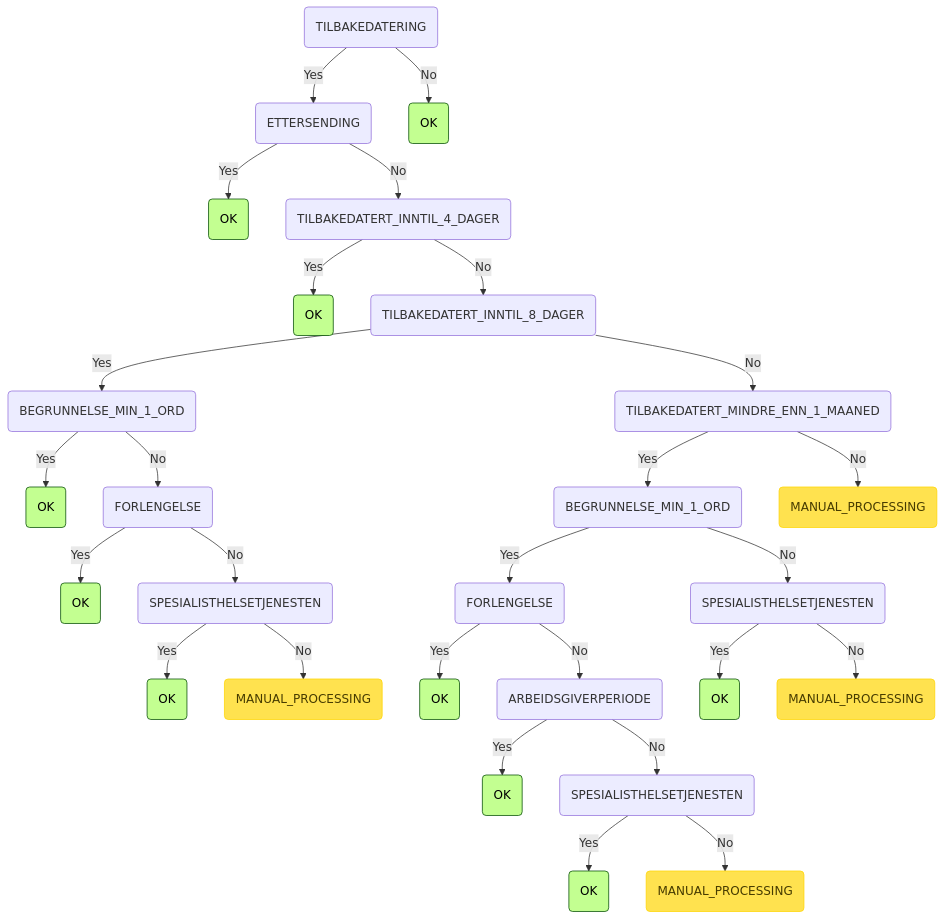
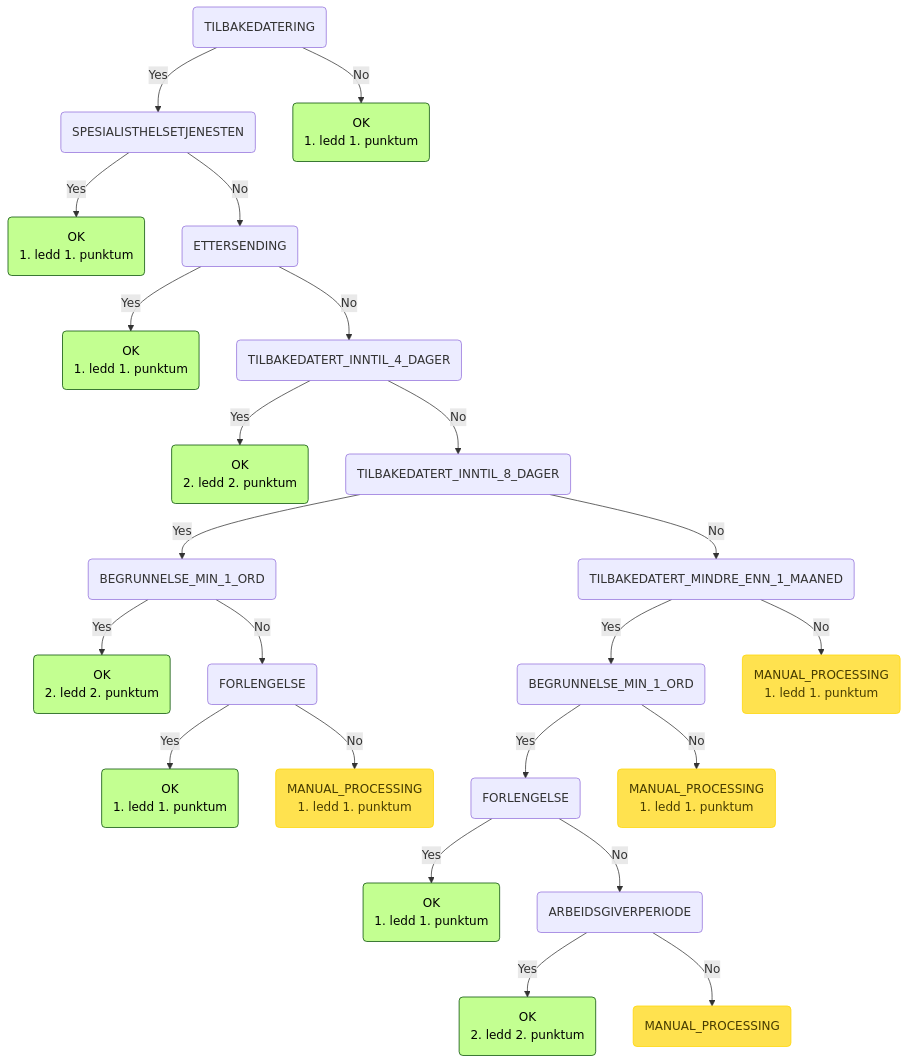
Before and after one commit to navikt/syfosmpapirregler: the eighth of 8 diagrams in README.md, drawn with Mermaid. The commit also changed other lines of this file and 42 other files, not shown here.

````diff
--- a/README.md
+++ b/README.md
@@ -249,32 +247,35 @@
 ```mermaid
 graph TD
-    root(TILBAKEDATERING) -->|Yes| root_TILBAKEDATERING_ETTERSENDING(ETTERSENDING)
-    root_TILBAKEDATERING_ETTERSENDING(ETTERSENDING) -->|Yes| root_TILBAKEDATERING_ETTERSENDING_OK(OK):::ok
-    root_TILBAKEDATERING_ETTERSENDING(ETTERSENDING) -->|No| root_TILBAKEDATERING_ETTERSENDING_TILBAKEDATERT_INNTIL_4_DAGER(TILBAKEDATERT_INNTIL_4_DAGER)
-    root_TILBAKEDATERING_ETTERSENDING_TILBAKEDATERT_INNTIL_4_DAGER(TILBAKEDATERT_INNTIL_4_DAGER) -->|Yes| root_TILBAKEDATERING_ETTERSENDING_TILBAKEDATERT_INNTIL_4_DAGER_OK(OK):::ok
-    root_TILBAKEDATERING_ETTERSENDING_TILBAKEDATERT_INNTIL_4_DAGER(TILBAKEDATERT_INNTIL_4_DAGER) -->|No| root_TILBAKEDATERING_ETTERSENDING_TILBAKEDATERT_INNTIL_4_DAGER_TILBAKEDATERT_INNTIL_8_DAGER(TILBAKEDATERT_INNTIL_8_DAGER)
-    root_TILBAKEDATERING_ETTERSENDING_TILBAKEDATERT_INNTIL_4_DAGER_TILBAKEDATERT_INNTIL_8_DAGER(TILBAKEDATERT_INNTIL_8_DAGER) -->|Yes| root_TILBAKEDATERING_ETTERSENDING_TILBAKEDATERT_INNTIL_4_DAGER_TILBAKEDATERT_INNTIL_8_DAGER_BEGRUNNELSE_MIN_1_ORD(BEGRUNNELSE_MIN_1_ORD)
-    root_TILBAKEDATERING_ETTERSENDING_TILBAKEDATERT_INNTIL_4_DAGER_TILBAKEDATERT_INNTIL_8_DAGER_BEGRUNNELSE_MIN_1_ORD(BEGRUNNELSE_MIN_1_ORD) -->|Yes| root_TILBAKEDATERING_ETTERSENDING_TILBAKEDATERT_INNTIL_4_DAGER_TILBAKEDATERT_INNTIL_8_DAGER_BEGRUNNELSE_MIN_1_ORD_OK(OK):::ok
-    root_TILBAKEDATERING_ETTERSENDING_TILBAKEDATERT_INNTIL_4_DAGER_TILBAKEDATERT_INNTIL_8_DAGER_BEGRUNNELSE_MIN_1_ORD(BEGRUNNELSE_MIN_1_ORD) -->|No| root_TILBAKEDATERING_ETTERSENDING_TILBAKEDATERT_INNTIL_4_DAGER_TILBAKEDATERT_INNTIL_8_DAGER_BEGRUNNELSE_MIN_1_ORD_FORLENGELSE(FORLENGELSE)
-    root_TILBAKEDATERING_ETTERSENDING_TILBAKEDATERT_INNTIL_4_DAGER_TILBAKEDATERT_INNTIL_8_DAGER_BEGRUNNELSE_MIN_1_ORD_FORLENGELSE(FORLENGELSE) -->|Yes| root_TILBAKEDATERING_ETTERSENDING_TILBAKEDATERT_INNTIL_4_DAGER_TILBAKEDATERT_INNTIL_8_DAGER_BEGRUNNELSE_MIN_1_ORD_FORLENGELSE_OK(OK):::ok
-    root_TILBAKEDATERING_ETTERSENDING_TILBAKEDATERT_INNTIL_4_DAGER_TILBAKEDATERT_INNTIL_8_DAGER_BEGRUNNELSE_MIN_1_ORD_FORLENGELSE(FORLENGELSE) -->|No| root_TILBAKEDATERING_ETTERSENDING_TILBAKEDATERT_INNTIL_4_DAGER_TILBAKEDATERT_INNTIL_8_DAGER_BEGRUNNELSE_MIN_1_ORD_FORLENGELSE_SPESIALISTHELSETJENESTEN(SPESIALISTHELSETJENESTEN)
-    root_TILBAKEDATERING_ETTERSENDING_TILBAKEDATERT_INNTIL_4_DAGER_TILBAKEDATERT_INNTIL_8_DAGER_BEGRUNNELSE_MIN_1_ORD_FORLENGELSE_SPESIALISTHELSETJENESTEN(SPESIALISTHELSETJENESTEN) -->|Yes| root_TILBAKEDATERING_ETTERSENDING_TILBAKEDATERT_INNTIL_4_DAGER_TILBAKEDATERT_INNTIL_8_DAGER_BEGRUNNELSE_MIN_1_ORD_FORLENGELSE_SPESIALISTHELSETJENESTEN_OK(OK):::ok
-    root_TILBAKEDATERING_ETTERSENDING_TILBAKEDATERT_INNTIL_4_DAGER_TILBAKEDATERT_INNTIL_8_DAGER_BEGRUNNELSE_MIN_1_ORD_FORLENGELSE_SPESIALISTHELSETJENESTEN(SPESIALISTHELSETJENESTEN) -->|No| root_TILBAKEDATERING_ETTERSENDING_TILBAKEDATERT_INNTIL_4_DAGER_TILBAKEDATERT_INNTIL_8_DAGER_BEGRUNNELSE_MIN_1_ORD_FORLENGELSE_SPESIALISTHELSETJENESTEN_MANUAL_PROCESSING(MANUAL_PROCESSING):::manuell
-    root_TILBAKEDATERING_ETTERSENDING_TILBAKEDATERT_INNTIL_4_DAGER_TILBAKEDATERT_INNTIL_8_DAGER(TILBAKEDATERT_INNTIL_8_DAGER) -->|No| root_TILBAKEDATERING_ETTERSENDING_TILBAKEDATERT_INNTIL_4_DAGER_TILBAKEDATERT_INNTIL_8_DAGER_TILBAKEDATERT_MINDRE_ENN_1_MAANED(TILBAKEDATERT_MINDRE_ENN_1_MAANED)
-    root_TILBAKEDATERING_ETTERSENDING_TILBAKEDATERT_INNTIL_4_DAGER_TILBAKEDATERT_INNTIL_8_DAGER_TILBAKEDATERT_MINDRE_ENN_1_MAANED(TILBAKEDATERT_MINDRE_ENN_1_MAANED) -->|Yes| root_TILBAKEDATERING_ETTERSENDING_TILBAKEDATERT_INNTIL_4_DAGER_TILBAKEDATERT_INNTIL_8_DAGER_TILBAKEDATERT_MINDRE_ENN_1_MAANED_BEGRUNNELSE_MIN_1_ORD(BEGRUNNELSE_MIN_1_ORD)
-    root_TILBAKEDATERING_ETTERSENDING_TILBAKEDATERT_INNTIL_4_DAGER_TILBAKEDATERT_INNTIL_8_DAGER_TILBAKEDATERT_MINDRE_ENN_1_MAANED_BEGRUNNELSE_MIN_1_ORD(BEGRUNNELSE_MIN_1_ORD) -->|Yes| root_TILBAKEDATERING_ETTERSENDING_TILBAKEDATERT_INNTIL_4_DAGER_TILBAKEDATERT_INNTIL_8_DAGER_TILBAKEDATERT_MINDRE_ENN_1_MAANED_BEGRUNNELSE_MIN_1_ORD_FORLENGELSE(FORLENGELSE)
-    root_TILBAKEDATERING_ETTERSENDING_TILBAKEDATERT_INNTIL_4_DAGER_TILBAKEDATERT_INNTIL_8_DAGER_TILBAKEDATERT_MINDRE_ENN_1_MAANED_BEGRUNNELSE_MIN_1_ORD_FORLENGELSE(FORLENGELSE) -->|Yes| root_TILBAKEDATERING_ETTERSENDING_TILBAKEDATERT_INNTIL_4_DAGER_TILBAKEDATERT_INNTIL_8_DAGER_TILBAKEDATERT_MINDRE_ENN_1_MAANED_BEGRUNNELSE_MIN_1_ORD_FORLENGELSE_OK(OK):::ok
-    root_TILBAKEDATERING_ETTERSENDING_TILBAKEDATERT_INNTIL_4_DAGER_TILBAKEDATERT_INNTIL_8_DAGER_TILBAKEDATERT_MINDRE_ENN_1_MAANED_BEGRUNNELSE_MIN_1_ORD_FORLENGELSE(FORLENGELSE) -->|No| root_TILBAKEDATERING_ETTERSENDING_TILBAKEDATERT_INNTIL_4_DAGER_TILBAKEDATERT_INNTIL_8_DAGER_TILBAKEDATERT_MINDRE_ENN_1_MAANED_BEGRUNNELSE_MIN_1_ORD_FORLENGELSE_ARBEIDSGIVERPERIODE(ARBEIDSGIVERPERIODE)
-    root_TILBAKEDATERING_ETTERSENDING_TILBAKEDATERT_INNTIL_4_DAGER_TILBAKEDATERT_INNTIL_8_DAGER_TILBAKEDATERT_MINDRE_ENN_1_MAANED_BEGRUNNELSE_MIN_1_ORD_FORLENGELSE_ARBEIDSGIVERPERIODE(ARBEIDSGIVERPERIODE) -->|Yes| root_TILBAKEDATERING_ETTERSENDING_TILBAKEDATERT_INNTIL_4_DAGER_TILBAKEDATERT_INNTIL_8_DAGER_TILBAKEDATERT_MINDRE_ENN_1_MAANED_BEGRUNNELSE_MIN_1_ORD_FORLENGELSE_ARBEIDSGIVERPERIODE_OK(OK):::ok
-    root_TILBAKEDATERING_ETTERSENDING_TILBAKEDATERT_INNTIL_4_DAGER_TILBAKEDATERT_INNTIL_8_DAGER_TILBAKEDATERT_MINDRE_ENN_1_MAANED_BEGRUNNELSE_MIN_1_ORD_FORLENGELSE_ARBEIDSGIVERPERIODE(ARBEIDSGIVERPERIODE) -->|No| root_TILBAKEDATERING_ETTERSENDING_TILBAKEDATERT_INNTIL_4_DAGER_TILBAKEDATERT_INNTIL_8_DAGER_TILBAKEDATERT_MINDRE_ENN_1_MAANED_BEGRUNNELSE_MIN_1_ORD_FORLENGELSE_ARBEIDSGIVERPERIODE_SPESIALISTHELSETJENESTEN(SPESIALISTHELSETJENESTEN)
-    root_TILBAKEDATERING_ETTERSENDING_TILBAKEDATERT_INNTIL_4_DAGER_TILBAKEDATERT_INNTIL_8_DAGER_TILBAKEDATERT_MINDRE_ENN_1_MAANED_BEGRUNNELSE_MIN_1_ORD_FORLENGELSE_ARBEIDSGIVERPERIODE_SPESIALISTHELSETJENESTEN(SPESIALISTHELSETJENESTEN) -->|Yes| root_TILBAKEDATERING_ETTERSENDING_TILBAKEDATERT_INNTIL_4_DAGER_TILBAKEDATERT_INNTIL_8_DAGER_TILBAKEDATERT_MINDRE_ENN_1_MAANED_BEGRUNNELSE_MIN_1_ORD_FORLENGELSE_ARBEIDSGIVERPERIODE_SPESIALISTHELSETJENESTEN_OK(OK):::ok
-    root_TILBAKEDATERING_ETTERSENDING_TILBAKEDATERT_INNTIL_4_DAGER_TILBAKEDATERT_INNTIL_8_DAGER_TILBAKEDATERT_MINDRE_ENN_1_MAANED_BEGRUNNELSE_MIN_1_ORD_FORLENGELSE_ARBEIDSGIVERPERIODE_SPESIALISTHELSETJENESTEN(SPESIALISTHELSETJENESTEN) -->|No| root_TILBAKEDATERING_ETTERSENDING_TILBAKEDATERT_INNTIL_4_DAGER_TILBAKEDATERT_INNTIL_8_DAGER_TILBAKEDATERT_MINDRE_ENN_1_MAANED_BEGRUNNELSE_MIN_1_ORD_FORLENGELSE_ARBEIDSGIVERPERIODE_SPESIALISTHELSETJENESTEN_MANUAL_PROCESSING(MANUAL_PROCESSING):::manuell
-    root_TILBAKEDATERING_ETTERSENDING_TILBAKEDATERT_INNTIL_4_DAGER_TILBAKEDATERT_INNTIL_8_DAGER_TILBAKEDATERT_MINDRE_ENN_1_MAANED_BEGRUNNELSE_MIN_1_ORD(BEGRUNNELSE_MIN_1_ORD) -->|No| root_TILBAKEDATERING_ETTERSENDING_TILBAKEDATERT_INNTIL_4_DAGER_TILBAKEDATERT_INNTIL_8_DAGER_TILBAKEDATERT_MINDRE_ENN_1_MAANED_BEGRUNNELSE_MIN_1_ORD_SPESIALISTHELSETJENESTEN(SPESIALISTHELSETJENESTEN)
-    root_TILBAKEDATERING_ETTERSENDING_TILBAKEDATERT_INNTIL_4_DAGER_TILBAKEDATERT_INNTIL_8_DAGER_TILBAKEDATERT_MINDRE_ENN_1_MAANED_BEGRUNNELSE_MIN_1_ORD_SPESIALISTHELSETJENESTEN(SPESIALISTHELSETJENESTEN) -->|Yes| root_TILBAKEDATERING_ETTERSENDING_TILBAKEDATERT_INNTIL_4_DAGER_TILBAKEDATERT_INNTIL_8_DAGER_TILBAKEDATERT_MINDRE_ENN_1_MAANED_BEGRUNNELSE_MIN_1_ORD_SPESIALISTHELSETJENESTEN_OK(OK):::ok
-    root_TILBAKEDATERING_ETTERSENDING_TILBAKEDATERT_INNTIL_4_DAGER_TILBAKEDATERT_INNTIL_8_DAGER_TILBAKEDATERT_MINDRE_ENN_1_MAANED_BEGRUNNELSE_MIN_1_ORD_SPESIALISTHELSETJENESTEN(SPESIALISTHELSETJENESTEN) -->|No| root_TILBAKEDATERING_ETTERSENDING_TILBAKEDATERT_INNTIL_4_DAGER_TILBAKEDATERT_INNTIL_8_DAGER_TILBAKEDATERT_MINDRE_ENN_1_MAANED_BEGRUNNELSE_MIN_1_ORD_SPESIALISTHELSETJENESTEN_MANUAL_PROCESSING(MANUAL_PROCESSING):::manuell
-    root_TILBAKEDATERING_ETTERSENDING_TILBAKEDATERT_INNTIL_4_DAGER_TILBAKEDATERT_INNTIL_8_DAGER_TILBAKEDATERT_MINDRE_ENN_1_MAANED(TILBAKEDATERT_MINDRE_ENN_1_MAANED) -->|No| root_TILBAKEDATERING_ETTERSENDING_TILBAKEDATERT_INNTIL_4_DAGER_TILBAKEDATERT_INNTIL_8_DAGER_TILBAKEDATERT_MINDRE_ENN_1_MAANED_MANUAL_PROCESSING(MANUAL_PROCESSING):::manuell
-    root(TILBAKEDATERING) -->|No| root_TILBAKEDATERING_OK(OK):::ok
+    root(TILBAKEDATERING) -->|Yes| root_TILBAKEDATERING_SPESIALISTHELSETJENESTEN(SPESIALISTHELSETJENESTEN)
+    root_TILBAKEDATERING_SPESIALISTHELSETJENESTEN(SPESIALISTHELSETJENESTEN) -->|Yes| root_TILBAKEDATERING_SPESIALISTHELSETJENESTEN_OK(OK
+1. ledd 1. punktum):::ok
+    root_TILBAKEDATERING_SPESIALISTHELSETJENESTEN(SPESIALISTHELSETJENESTEN) -->|No| root_TILBAKEDATERING_SPESIALISTHELSETJENESTEN_ETTERSENDING(ETTERSENDING)
+    root_TILBAKEDATERING_SPESIALISTHELSETJENESTEN_ETTERSENDING(ETTERSENDING) -->|Yes| root_TILBAKEDATERING_SPESIALISTHELSETJENESTEN_ETTERSENDING_OK(OK
+1. ledd 1. punktum):::ok
+    root_TILBAKEDATERING_SPESIALISTHELSETJENESTEN_ETTERSENDING(ETTERSENDING) -->|No| root_TILBAKEDATERING_SPESIALISTHELSETJENESTEN_ETTERSENDING_TILBAKEDATERT_INNTIL_4_DAGER(TILBAKEDATERT_INNTIL_4_DAGER)
+    root_TILBAKEDATERING_SPESIALISTHELSETJENESTEN_ETTERSENDING_TILBAKEDATERT_INNTIL_4_DAGER(TILBAKEDATERT_INNTIL_4_DAGER) -->|Yes| root_TILBAKEDATERING_SPESIALISTHELSETJENESTEN_ETTERSENDING_TILBAKEDATERT_INNTIL_4_DAGER_OK(OK
+2. ledd 2. punktum):::ok
+    root_TILBAKEDATERING_SPESIALISTHELSETJENESTEN_ETTERSENDING_TILBAKEDATERT_INNTIL_4_DAGER(TILBAKEDATERT_INNTIL_4_DAGER) -->|No| root_TILBAKEDATERING_SPESIALISTHELSETJENESTEN_ETTERSENDING_TILBAKEDATERT_INNTIL_4_DAGER_TILBAKEDATERT_INNTIL_8_DAGER(TILBAKEDATERT_INNTIL_8_DAGER)
+    root_TILBAKEDATERING_SPESIALISTHELSETJENESTEN_ETTERSENDING_TILBAKEDATERT_INNTIL_4_DAGER_TILBAKEDATERT_INNTIL_8_DAGER(TILBAKEDATERT_INNTIL_8_DAGER) -->|Yes| root_TILBAKEDATERING_SPESIALISTHELSETJENESTEN_ETTERSENDING_TILBAKEDATERT_INNTIL_4_DAGER_TILBAKEDATERT_INNTIL_8_DAGER_BEGRUNNELSE_MIN_1_ORD(BEGRUNNELSE_MIN_1_ORD)
+    root_TILBAKEDATERING_SPESIALISTHELSETJENESTEN_ETTERSENDING_TILBAKEDATERT_INNTIL_4_DAGER_TILBAKEDATERT_INNTIL_8_DAGER_BEGRUNNELSE_MIN_1_ORD(BEGRUNNELSE_MIN_1_ORD) -->|Yes| root_TILBAKEDATERING_SPESIALISTHELSETJENESTEN_ETTERSENDING_TILBAKEDATERT_INNTIL_4_DAGER_TILBAKEDATERT_INNTIL_8_DAGER_BEGRUNNELSE_MIN_1_ORD_OK(OK
+2. ledd 2. punktum):::ok
+    root_TILBAKEDATERING_SPESIALISTHELSETJENESTEN_ETTERSENDING_TILBAKEDATERT_INNTIL_4_DAGER_TILBAKEDATERT_INNTIL_8_DAGER_BEGRUNNELSE_MIN_1_ORD(BEGRUNNELSE_MIN_1_ORD) -->|No| root_TILBAKEDATERING_SPESIALISTHELSETJENESTEN_ETTERSENDING_TILBAKEDATERT_INNTIL_4_DAGER_TILBAKEDATERT_INNTIL_8_DAGER_BEGRUNNELSE_MIN_1_ORD_FORLENGELSE(FORLENGELSE)
+    root_TILBAKEDATERING_SPESIALISTHELSETJENESTEN_ETTERSENDING_TILBAKEDATERT_INNTIL_4_DAGER_TILBAKEDATERT_INNTIL_8_DAGER_BEGRUNNELSE_MIN_1_ORD_FORLENGELSE(FORLENGELSE) -->|Yes| root_TILBAKEDATERING_SPESIALISTHELSETJENESTEN_ETTERSENDING_TILBAKEDATERT_INNTIL_4_DAGER_TILBAKEDATERT_INNTIL_8_DAGER_BEGRUNNELSE_MIN_1_ORD_FORLENGELSE_OK(OK
+1. ledd 1. punktum):::ok
+    root_TILBAKEDATERING_SPESIALISTHELSETJENESTEN_ETTERSENDING_TILBAKEDATERT_INNTIL_4_DAGER_TILBAKEDATERT_INNTIL_8_DAGER_BEGRUNNELSE_MIN_1_ORD_FORLENGELSE(FORLENGELSE) -->|No| root_TILBAKEDATERING_SPESIALISTHELSETJENESTEN_ETTERSENDING_TILBAKEDATERT_INNTIL_4_DAGER_TILBAKEDATERT_INNTIL_8_DAGER_BEGRUNNELSE_MIN_1_ORD_FORLENGELSE_MANUAL_PROCESSING(MANUAL_PROCESSING <br/>1. ledd 1. punktum):::manuell
+    root_TILBAKEDATERING_SPESIALISTHELSETJENESTEN_ETTERSENDING_TILBAKEDATERT_INNTIL_4_DAGER_TILBAKEDATERT_INNTIL_8_DAGER(TILBAKEDATERT_INNTIL_8_DAGER) -->|No| root_TILBAKEDATERING_SPESIALISTHELSETJENESTEN_ETTERSENDING_TILBAKEDATERT_INNTIL_4_DAGER_TILBAKEDATERT_INNTIL_8_DAGER_TILBAKEDATERT_MINDRE_ENN_1_MAANED(TILBAKEDATERT_MINDRE_ENN_1_MAANED)
+    root_TILBAKEDATERING_SPESIALISTHELSETJENESTEN_ETTERSENDING_TILBAKEDATERT_INNTIL_4_DAGER_TILBAKEDATERT_INNTIL_8_DAGER_TILBAKEDATERT_MINDRE_ENN_1_MAANED(TILBAKEDATERT_MINDRE_ENN_1_MAANED) -->|Yes| root_TILBAKEDATERING_SPESIALISTHELSETJENESTEN_ETTERSENDING_TILBAKEDATERT_INNTIL_4_DAGER_TILBAKEDATERT_INNTIL_8_DAGER_TILBAKEDATERT_MINDRE_ENN_1_MAANED_BEGRUNNELSE_MIN_1_ORD(BEGRUNNELSE_MIN_1_ORD)
+    root_TILBAKEDATERING_SPESIALISTHELSETJENESTEN_ETTERSENDING_TILBAKEDATERT_INNTIL_4_DAGER_TILBAKEDATERT_INNTIL_8_DAGER_TILBAKEDATERT_MINDRE_ENN_1_MAANED_BEGRUNNELSE_MIN_1_ORD(BEGRUNNELSE_MIN_1_ORD) -->|Yes| root_TILBAKEDATERING_SPESIALISTHELSETJENESTEN_ETTERSENDING_TILBAKEDATERT_INNTIL_4_DAGER_TILBAKEDATERT_INNTIL_8_DAGER_TILBAKEDATERT_MINDRE_ENN_1_MAANED_BEGRUNNELSE_MIN_1_ORD_FORLENGELSE(FORLENGELSE)
+    root_TILBAKEDATERING_SPESIALISTHELSETJENESTEN_ETTERSENDING_TILBAKEDATERT_INNTIL_4_DAGER_TILBAKEDATERT_INNTIL_8_DAGER_TILBAKEDATERT_MINDRE_ENN_1_MAANED_BEGRUNNELSE_MIN_1_ORD_FORLENGELSE(FORLENGELSE) -->|Yes| root_TILBAKEDATERING_SPESIALISTHELSETJENESTEN_ETTERSENDING_TILBAKEDATERT_INNTIL_4_DAGER_TILBAKEDATERT_INNTIL_8_DAGER_TILBAKEDATERT_MINDRE_ENN_1_MAANED_BEGRUNNELSE_MIN_1_ORD_FORLENGELSE_OK(OK
+1. ledd 1. punktum):::ok
+    root_TILBAKEDATERING_SPESIALISTHELSETJENESTEN_ETTERSENDING_TILBAKEDATERT_INNTIL_4_DAGER_TILBAKEDATERT_INNTIL_8_DAGER_TILBAKEDATERT_MINDRE_ENN_1_MAANED_BEGRUNNELSE_MIN_1_ORD_FORLENGELSE(FORLENGELSE) -->|No| root_TILBAKEDATERING_SPESIALISTHELSETJENESTEN_ETTERSENDING_TILBAKEDATERT_INNTIL_4_DAGER_TILBAKEDATERT_INNTIL_8_DAGER_TILBAKEDATERT_MINDRE_ENN_1_MAANED_BEGRUNNELSE_MIN_1_ORD_FORLENGELSE_ARBEIDSGIVERPERIODE(ARBEIDSGIVERPERIODE)
+    root_TILBAKEDATERING_SPESIALISTHELSETJENESTEN_ETTERSENDING_TILBAKEDATERT_INNTIL_4_DAGER_TILBAKEDATERT_INNTIL_8_DAGER_TILBAKEDATERT_MINDRE_ENN_1_MAANED_BEGRUNNELSE_MIN_1_ORD_FORLENGELSE_ARBEIDSGIVERPERIODE(ARBEIDSGIVERPERIODE) -->|Yes| root_TILBAKEDATERING_SPESIALISTHELSETJENESTEN_ETTERSENDING_TILBAKEDATERT_INNTIL_4_DAGER_TILBAKEDATERT_INNTIL_8_DAGER_TILBAKEDATERT_MINDRE_ENN_1_MAANED_BEGRUNNELSE_MIN_1_ORD_FORLENGELSE_ARBEIDSGIVERPERIODE_OK(OK
+2. ledd 2. punktum):::ok
+    root_TILBAKEDATERING_SPESIALISTHELSETJENESTEN_ETTERSENDING_TILBAKEDATERT_INNTIL_4_DAGER_TILBAKEDATERT_INNTIL_8_DAGER_TILBAKEDATERT_MINDRE_ENN_1_MAANED_BEGRUNNELSE_MIN_1_ORD_FORLENGELSE_ARBEIDSGIVERPERIODE(ARBEIDSGIVERPERIODE) -->|No| root_TILBAKEDATERING_SPESIALISTHELSETJENESTEN_ETTERSENDING_TILBAKEDATERT_INNTIL_4_DAGER_TILBAKEDATERT_INNTIL_8_DAGER_TILBAKEDATERT_MINDRE_ENN_1_MAANED_BEGRUNNELSE_MIN_1_ORD_FORLENGELSE_ARBEIDSGIVERPERIODE_MANUAL_PROCESSING(MANUAL_PROCESSING <br/>):::manuell
+    root_TILBAKEDATERING_SPESIALISTHELSETJENESTEN_ETTERSENDING_TILBAKEDATERT_INNTIL_4_DAGER_TILBAKEDATERT_INNTIL_8_DAGER_TILBAKEDATERT_MINDRE_ENN_1_MAANED_BEGRUNNELSE_MIN_1_ORD(BEGRUNNELSE_MIN_1_ORD) -->|No| root_TILBAKEDATERING_SPESIALISTHELSETJENESTEN_ETTERSENDING_TILBAKEDATERT_INNTIL_4_DAGER_TILBAKEDATERT_INNTIL_8_DAGER_TILBAKEDATERT_MINDRE_ENN_1_MAANED_BEGRUNNELSE_MIN_1_ORD_MANUAL_PROCESSING(MANUAL_PROCESSING <br/>1. ledd 1. punktum):::manuell
+    root_TILBAKEDATERING_SPESIALISTHELSETJENESTEN_ETTERSENDING_TILBAKEDATERT_INNTIL_4_DAGER_TILBAKEDATERT_INNTIL_8_DAGER_TILBAKEDATERT_MINDRE_ENN_1_MAANED(TILBAKEDATERT_MINDRE_ENN_1_MAANED) -->|No| root_TILBAKEDATERING_SPESIALISTHELSETJENESTEN_ETTERSENDING_TILBAKEDATERT_INNTIL_4_DAGER_TILBAKEDATERT_INNTIL_8_DAGER_TILBAKEDATERT_MINDRE_ENN_1_MAANED_MANUAL_PROCESSING(MANUAL_PROCESSING <br/>1. ledd 1. punktum):::manuell
+    root(TILBAKEDATERING) -->|No| root_TILBAKEDATERING_OK(OK <br/>1. ledd 1. punktum):::ok
     classDef ok fill:#c3ff91,stroke:#004a00,color: black;
     classDef invalid fill:#ff7373,stroke:#ff0000,color: black;
     classDef manuell fill:#ffe24f,stroke:#ffd500,color: #473c00;
 ```
````
